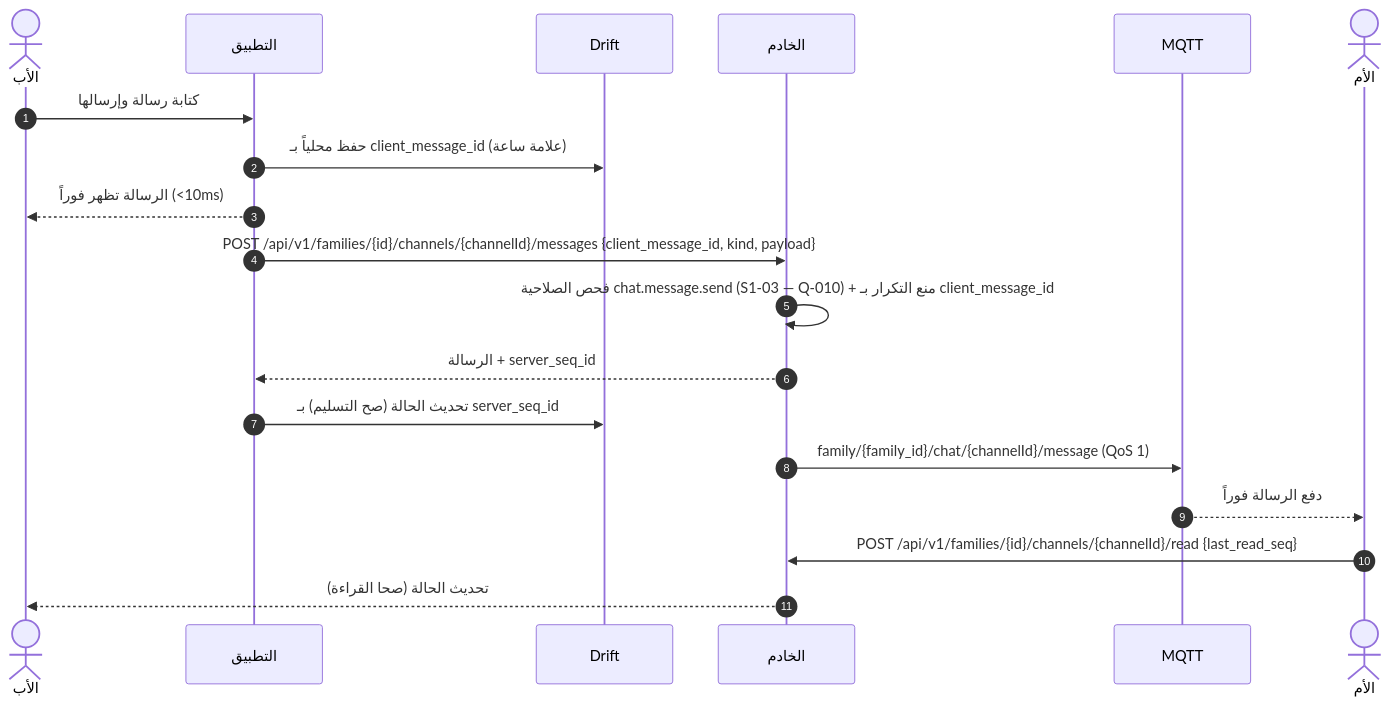
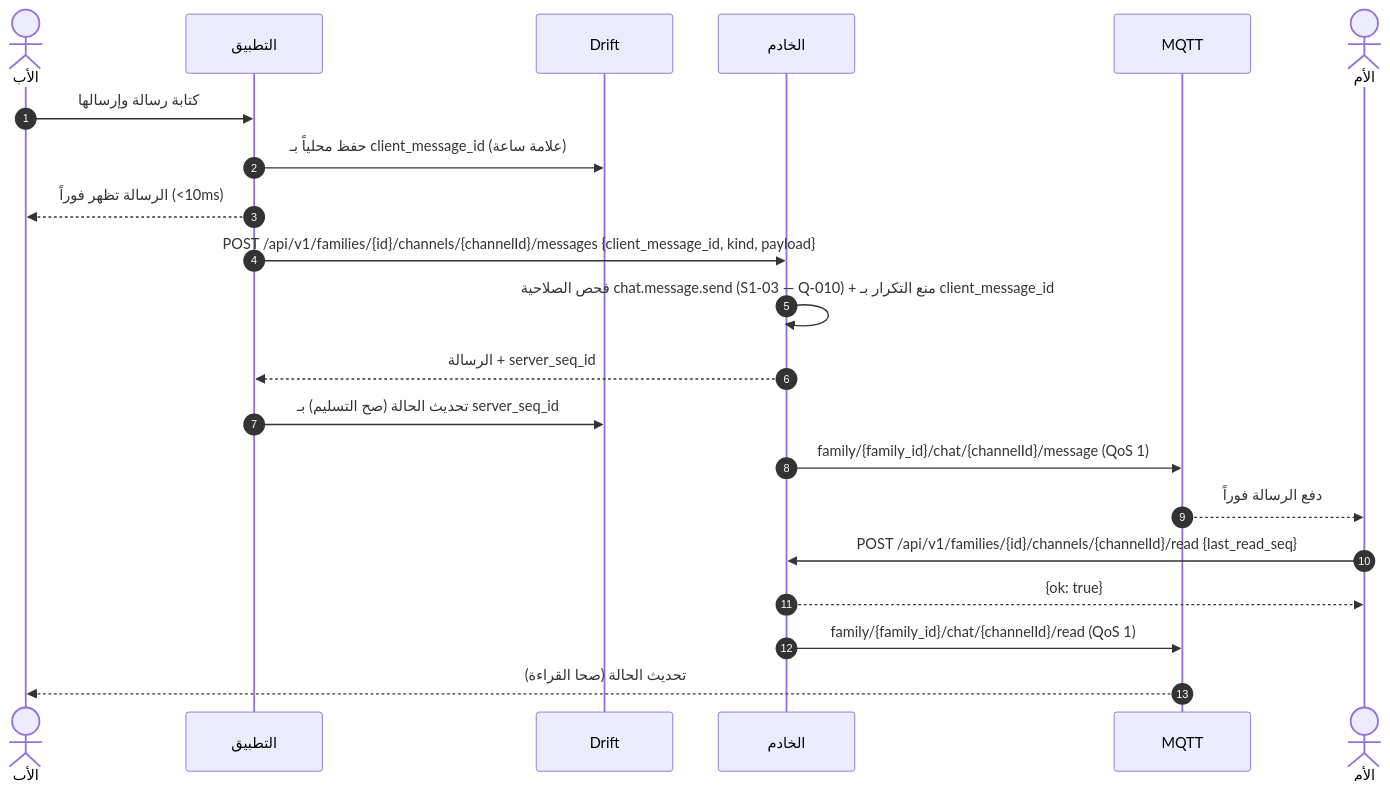
Before and after one commit to Bassam-mohammed-alqaeadi/family-os-v2: the third of 10 diagrams in docs/family-os/governance/phases/phase-1/S1-08-chat-basic/DIAGRAMS.md, drawn with Mermaid. The commit also changed other lines of this file and 1 other file, not shown here.

````diff
--- a/docs/family-os/governance/phases/phase-1/S1-08-chat-basic/DIAGRAMS.md
+++ b/docs/family-os/governance/phases/phase-1/S1-08-chat-basic/DIAGRAMS.md
@@ -187,21 +189,23 @@
 ```mermaid
 sequenceDiagram
     autonumber
     actor Father as الأب
     participant App as التطبيق
     participant Drift as Drift
     participant Ktor as الخادم
     participant MQTT as MQTT
     actor Mother as الأم
     Father->>App: كتابة رسالة وإرسالها
     App->>Drift: حفظ محلياً بـ client_message_id (علامة ساعة)
     App-->>Father: الرسالة تظهر فوراً (<10ms)
     App->>Ktor: POST /api/v1/families/{id}/channels/{channelId}/messages {client_message_id, kind, payload}
     Ktor->>Ktor: فحص الصلاحية chat.message.send (S1-03 — Q-010) + منع التكرار بـ client_message_id
     Ktor-->>App: الرسالة + server_seq_id
     App->>Drift: تحديث الحالة (صح التسليم) بـ server_seq_id
     Ktor->>MQTT: family/{family_id}/chat/{channelId}/message (QoS 1)
     MQTT-->>Mother: دفع الرسالة فوراً
     Mother->>Ktor: POST /api/v1/families/{id}/channels/{channelId}/read {last_read_seq}
-    Ktor-->>Father: تحديث الحالة (صحا القراءة)
+    Ktor-->>Mother: {ok: true}
+    Ktor->>MQTT: family/{family_id}/chat/{channelId}/read (QoS 1)
+    MQTT-->>Father: تحديث الحالة (صحا القراءة)
 ```
````
